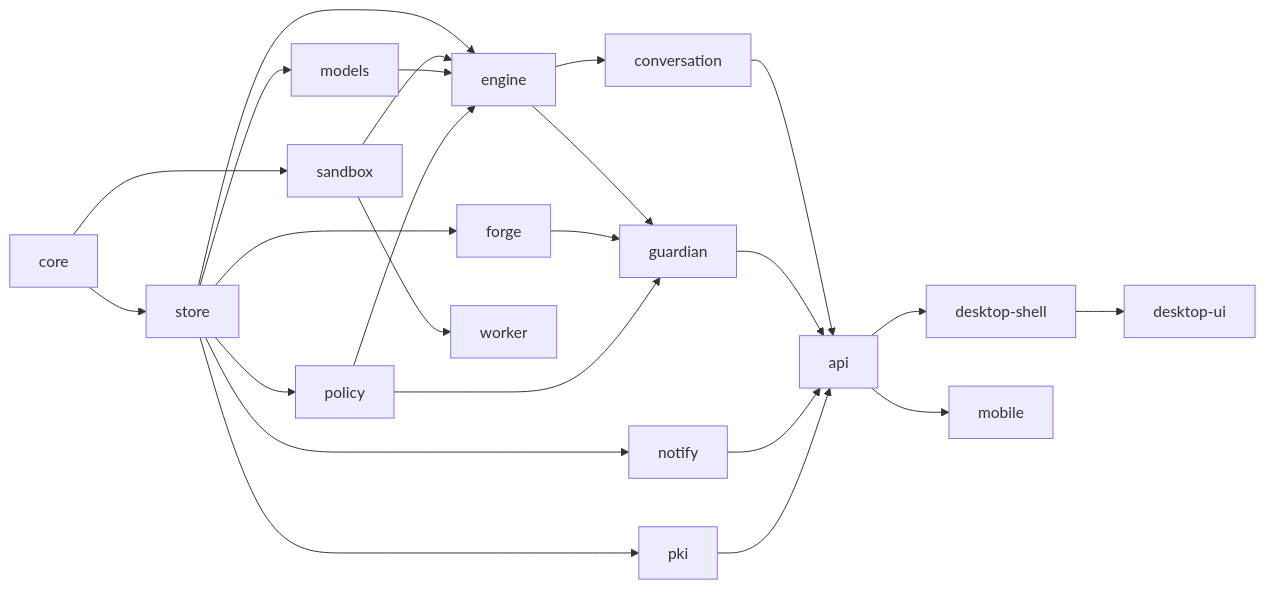
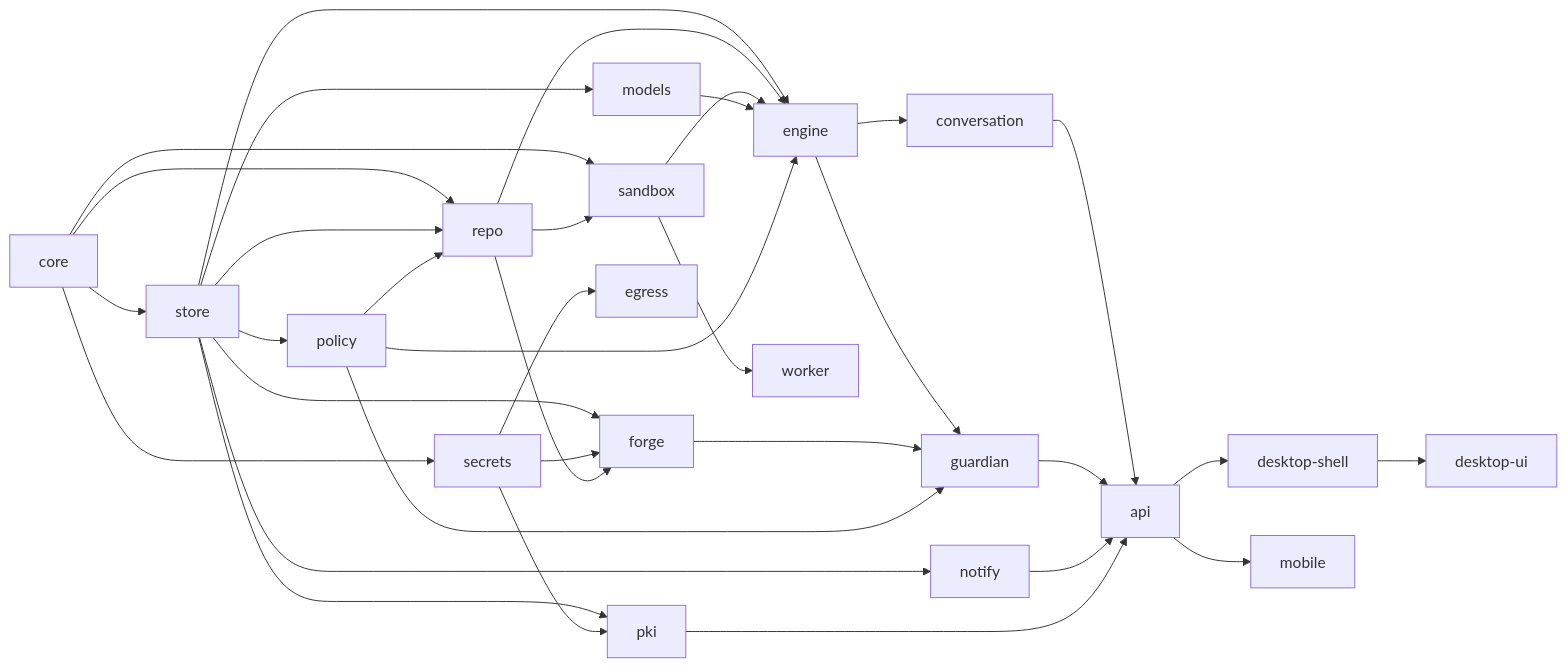
Before and after one commit to LeXwDeX/Gantry: the second of 3 diagrams in docs/architecture.md, drawn with Mermaid. The commit also changed other lines of this file and 7 other files, not shown here.

````diff
--- a/docs/architecture.md
+++ b/docs/architecture.md
@@ -100,26 +107,36 @@
 ```mermaid
 flowchart LR
   core --> store
   core --> sandbox
   store --> engine
   store --> forge
   store --> models
   store --> policy
   store --> notify
   store --> pki
+  core --> secrets
+  secrets --> forge
+  secrets --> pki
+  secrets --> egress
+  core --> repo
+  store --> repo
+  policy --> repo
+  repo --> sandbox
+  repo --> forge
+  repo --> engine
   sandbox --> worker
   sandbox --> engine
   models --> engine
   policy --> engine
   engine --> conversation
   engine --> guardian
   forge --> guardian
   policy --> guardian
   conversation --> api
   guardian --> api
   notify --> api
   pki --> api
   api --> desktop-shell
   desktop-shell --> desktop-ui
   api --> mobile
 ```
````
